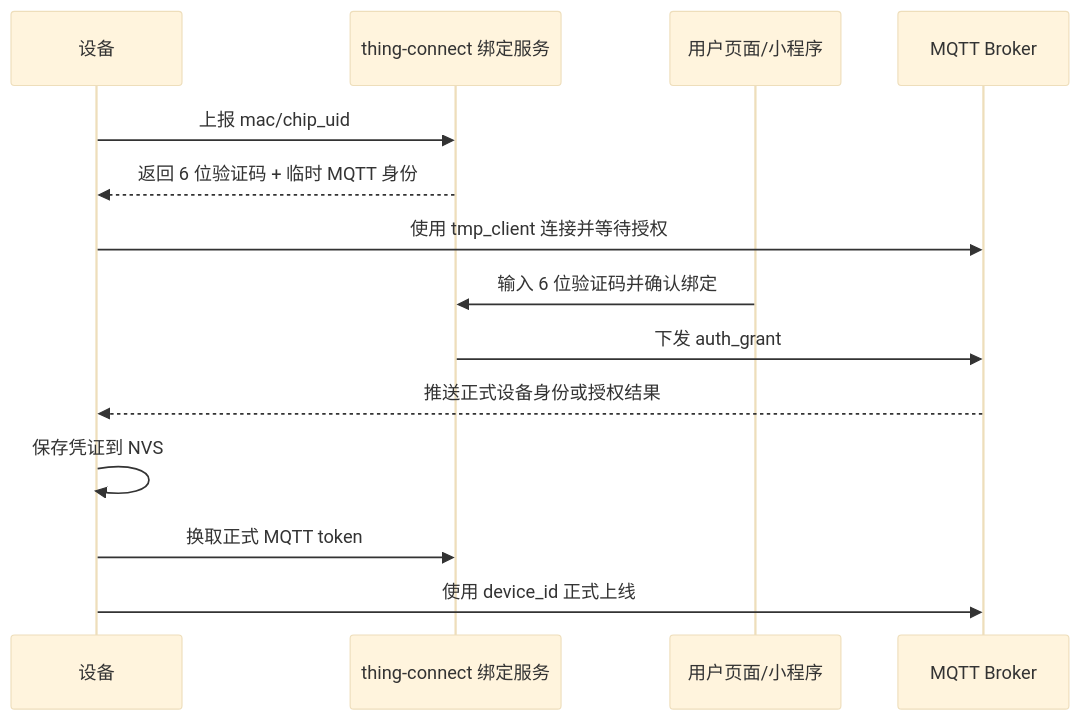
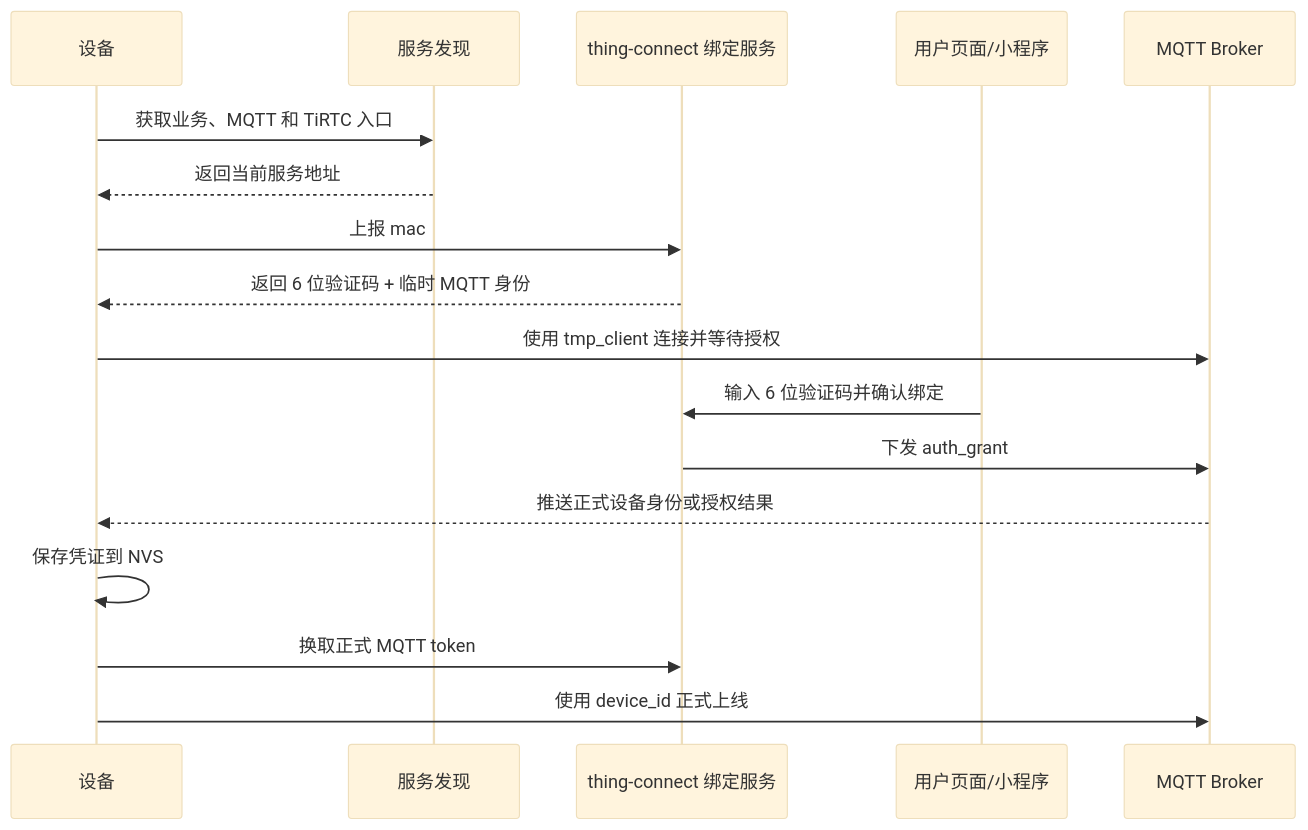
The second of 2 diagrams in esp32-s3/trtc-advanced/docs/USER_EXPERIENCE_FLOW_CN.md (tangeai/tirtc-device-example), drawn with Mermaid (base theme) before and after one commit. The commit also changed other lines of this file and 163 other files, not shown here.

````diff
--- a/esp32-s3/trtc-advanced/docs/USER_EXPERIENCE_FLOW_CN.md
+++ b/esp32-s3/trtc-advanced/docs/USER_EXPERIENCE_FLOW_CN.md
@@ -67,17 +67,20 @@
 ```mermaid
 sequenceDiagram
     participant Device as 设备
+    participant Discovery as 服务发现
     participant Bind as thing-connect 绑定服务
     participant User as 用户页面/小程序
     participant MQTT as MQTT Broker
 
-    Device->>Bind: 上报 mac/chip_uid
+    Device->>Discovery: 获取业务、MQTT 和 TiRTC 入口
+    Discovery-->>Device: 返回当前服务地址
+    Device->>Bind: 上报 mac
     Bind-->>Device: 返回 6 位验证码 + 临时 MQTT 身份
     Device->>MQTT: 使用 tmp_client 连接并等待授权
     User->>Bind: 输入 6 位验证码并确认绑定
     Bind->>MQTT: 下发 auth_grant
     MQTT-->>Device: 推送正式设备身份或授权结果
     Device->>Device: 保存凭证到 NVS
     Device->>Bind: 换取正式 MQTT token
     Device->>MQTT: 使用 device_id 正式上线
 ```
````
